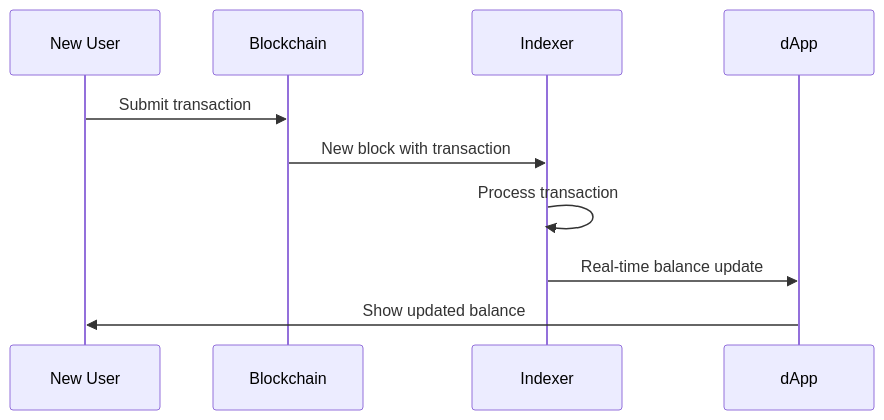
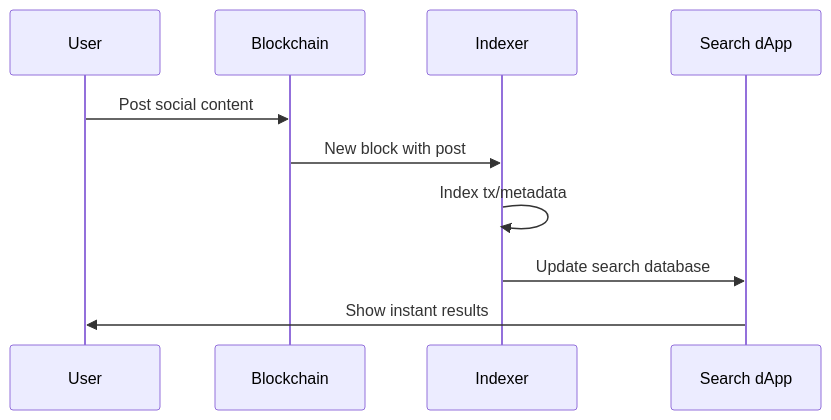
One commit to samouraiworld/peerdev changed the first of 3 diagrams in gno-tutorials/short-tutorials/9-tx-indexer/slides.md. Above: the diagram before and after it, drawn with Mermaid. The commit also changed other lines of this file and 1 other file, not shown here.

````diff
--- a/gno-tutorials/short-tutorials/9-tx-indexer/slides.md
+++ b/gno-tutorials/short-tutorials/9-tx-indexer/slides.md
@@ -62,13 +61,13 @@
 ```mermaid
 sequenceDiagram
-    participant U as New User
+    participant U as User
     participant B as Blockchain
     participant I as Indexer
-    participant D as dApp
+    participant D as Search dApp
     
-    U->>B: Submit transaction
-    B->>I: New block with transaction
-    I->>I: Process transaction
-    I->>D: Real-time balance update
-    D->>U: Show updated balance
+    U->>B: Post social content
+    B->>I: New block with post
+    I->>I: Index tx/metadata
+    I->>D: Update search database
+    D->>U: Show instant results
 ```
````
